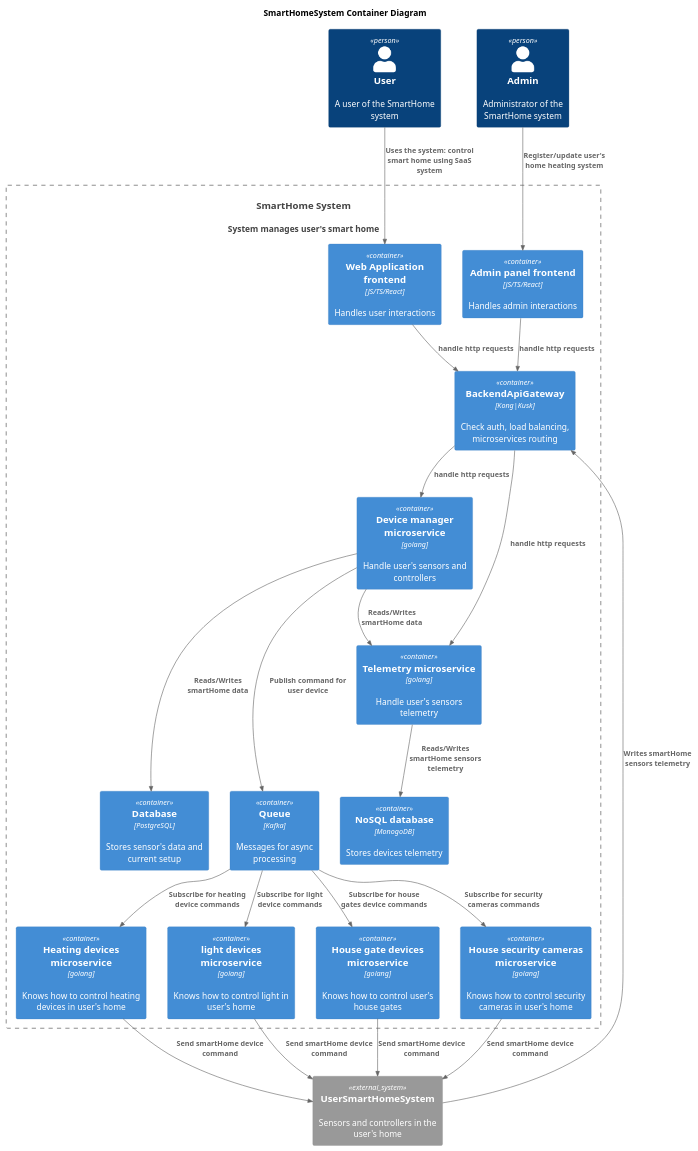
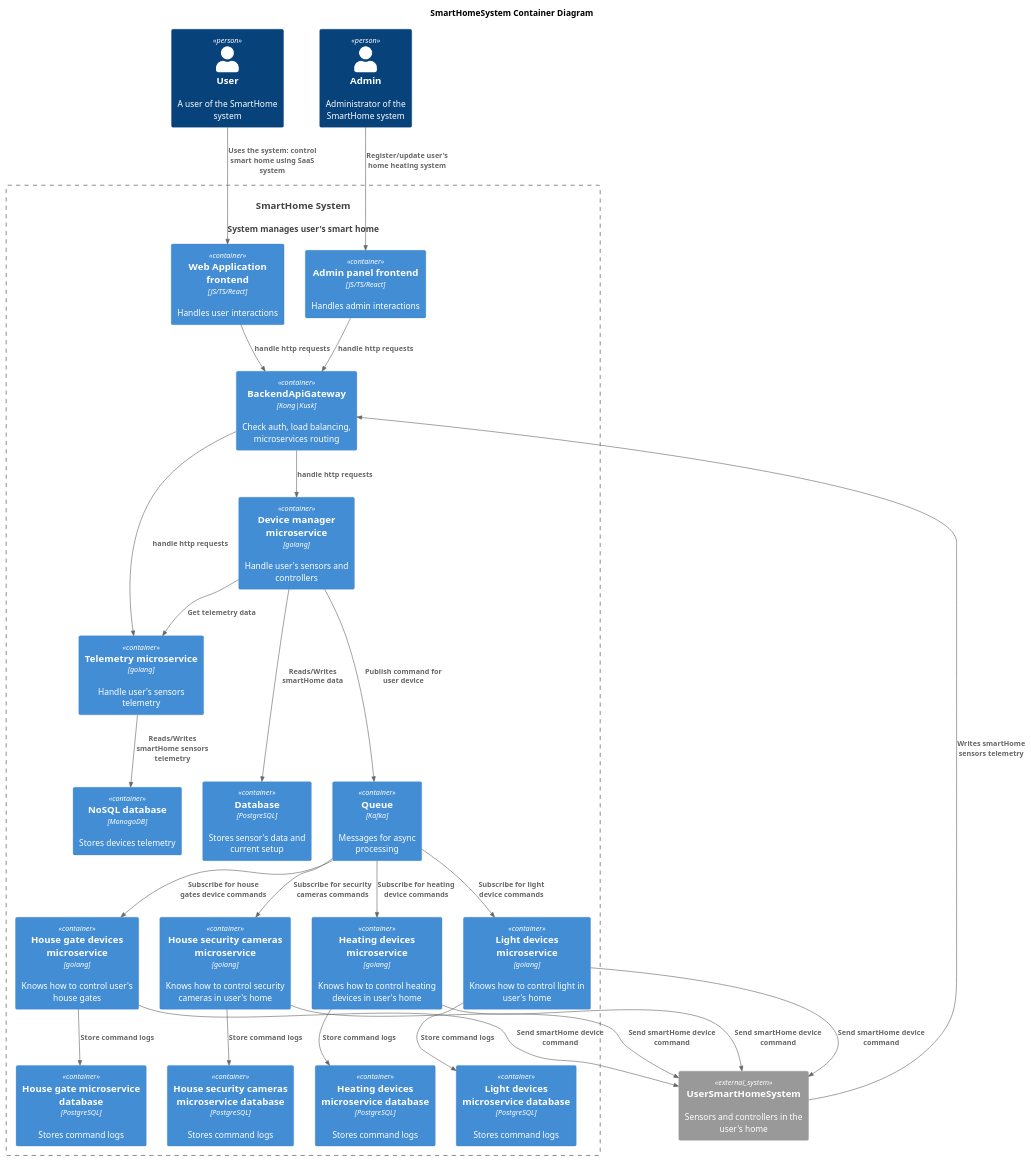
One commit to misikch/ya-practicum-arch-sprint-3 changed the diagram in docs/tobe/Container.puml. Above: the diagram before and after it, drawn with PlantUML.

Commit message:
added services databases

```diff
--- a/docs/tobe/Container.puml
+++ b/docs/tobe/Container.puml
@@ -1,55 +1,63 @@
 @startuml
 title SmartHomeSystem Container Diagram
 
 top to bottom direction
 
 !include ./C4_Container.puml
 
 Person(user, "User", "A user of the SmartHome system")
 Person(admin, "Admin", "Administrator of the SmartHome system")
 System(SmartHomeSystem, "SmartHome System", "System manages user's smart home")
 
 Container_Boundary(SmartHomeSystem, "SmartHome System") {
   Container(UserFrontend, "Web Application frontend", "JS/TS/React", "Handles user interactions")
   Container(AdminFrontend, "Admin panel frontend", "JS/TS/React", "Handles admin interactions")
   Container(ApiGateway, "BackendApiGateway", "Kong|Kusk", "Check auth, load balancing, microservices routing")
   Container(ApiGateway, "BackendApiGateway", "Kong|Kusk", "Check auth, load balancing, microservices routing")
 
-  together{
+
   Container(DeviceManager, "Device manager microservice", "golang", "Handle user's sensors and controllers")
   Container(Telemetry, "Telemetry microservice", "golang", "Handle user's sensors telemetry")
-}
+
   Container(HeatingSystemService, "Heating devices microservice", "golang", "Knows how to control heating devices in user's home")
-  Container(LightsSystemService, "light devices microservice", "golang", "Knows how to control light in user's home")
+  Container(HeatingSystemServiceDatabase, "Heating devices microservice database", "PostgreSQL", "Stores command logs")
+  Container(LightsSystemService, "Light devices microservice", "golang", "Knows how to control light in user's home")
+  Container(LightsSystemServiceDatabase, "Light devices microservice database", "PostgreSQL", "Stores command logs")
   Container(HouseGatesSystemService, "House gate devices microservice", "golang", "Knows how to control user's house gates")
+  Container(HouseGatesSystemServiceDatabase, "House gate microservice database", "PostgreSQL", "Stores command logs")
   Container(CamerasSystemService, "House security cameras microservice", "golang", "Knows how to control security cameras in user's home")
+  Container(CamerasSystemServiceDatabase, "House security cameras microservice database", "PostgreSQL", "Stores command logs")
 
   together {
       Container(Database, "Database", "PostgreSQL", "Stores sensor's data and current setup")
       Container(DatabaseTelemetry, "NoSQL database", "MonogoDB", "Stores devices telemetry")
       Container(Queue, "Queue", "Kafka", "Messages for async processing")
   }
 }
 
 System_Ext(usersHome, "UserSmartHomeSystem", "Sensors and controllers in the user's home")
 
 Rel(user, UserFrontend, "Uses the system: control smart home using SaaS system")
 Rel(admin, AdminFrontend,"Register/update user's home heating system")
 Rel(UserFrontend, ApiGateway, "handle http requests")
 Rel(AdminFrontend, ApiGateway, "handle http requests")
 Rel(ApiGateway, Telemetry, "handle http requests")
 Rel(ApiGateway, DeviceManager, "handle http requests")
-Rel(DeviceManager,Telemetry,"Reads/Writes smartHome data")
+Rel(DeviceManager,Telemetry,"Get telemetry data")
 Rel(DeviceManager,Queue,"Publish command for user device")
 Rel(Queue,HeatingSystemService,"Subscribe for heating device commands")
 Rel(Queue,LightsSystemService,"Subscribe for light device commands")
 Rel(Queue,HouseGatesSystemService,"Subscribe for house gates device commands")
 Rel(Queue,CamerasSystemService,"Subscribe for security cameras commands")
 Rel(DeviceManager,Database,"Reads/Writes smartHome data")
 Rel(Telemetry,DatabaseTelemetry,"Reads/Writes smartHome sensors telemetry")
 Rel(usersHome,ApiGateway,"Writes smartHome sensors telemetry")
 Rel(HeatingSystemService,usersHome,"Send smartHome device command")
+Rel(HeatingSystemService,HeatingSystemServiceDatabase,"Store command logs")
 Rel(LightsSystemService,usersHome,"Send smartHome device command")
+Rel(LightsSystemService,LightsSystemServiceDatabase,"Store command logs")
 Rel(HouseGatesSystemService,usersHome,"Send smartHome device command")
+Rel(HouseGatesSystemService,HouseGatesSystemServiceDatabase,"Store command logs")
 Rel(CamerasSystemService,usersHome,"Send smartHome device command")
+Rel(CamerasSystemService,CamerasSystemServiceDatabase,"Store command logs")
 @enduml
```
